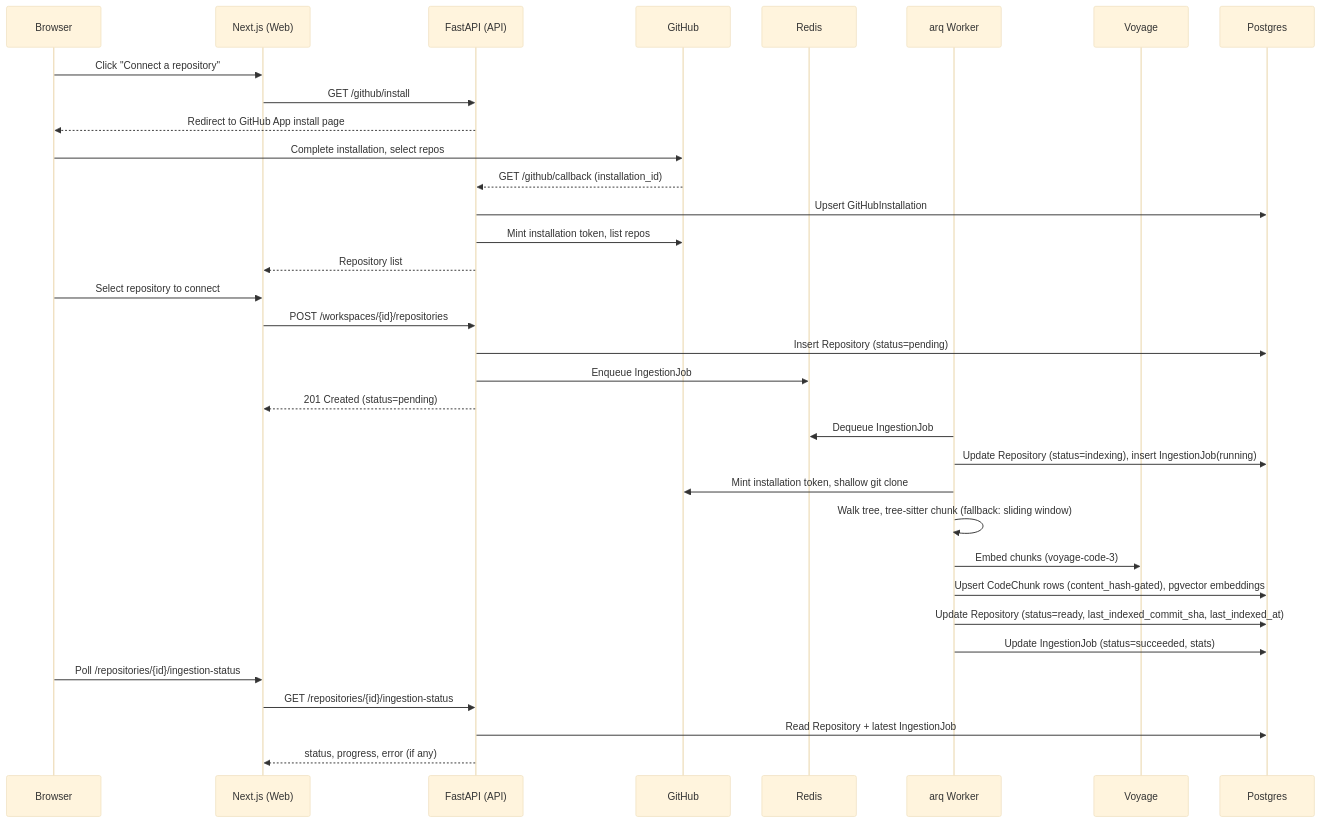
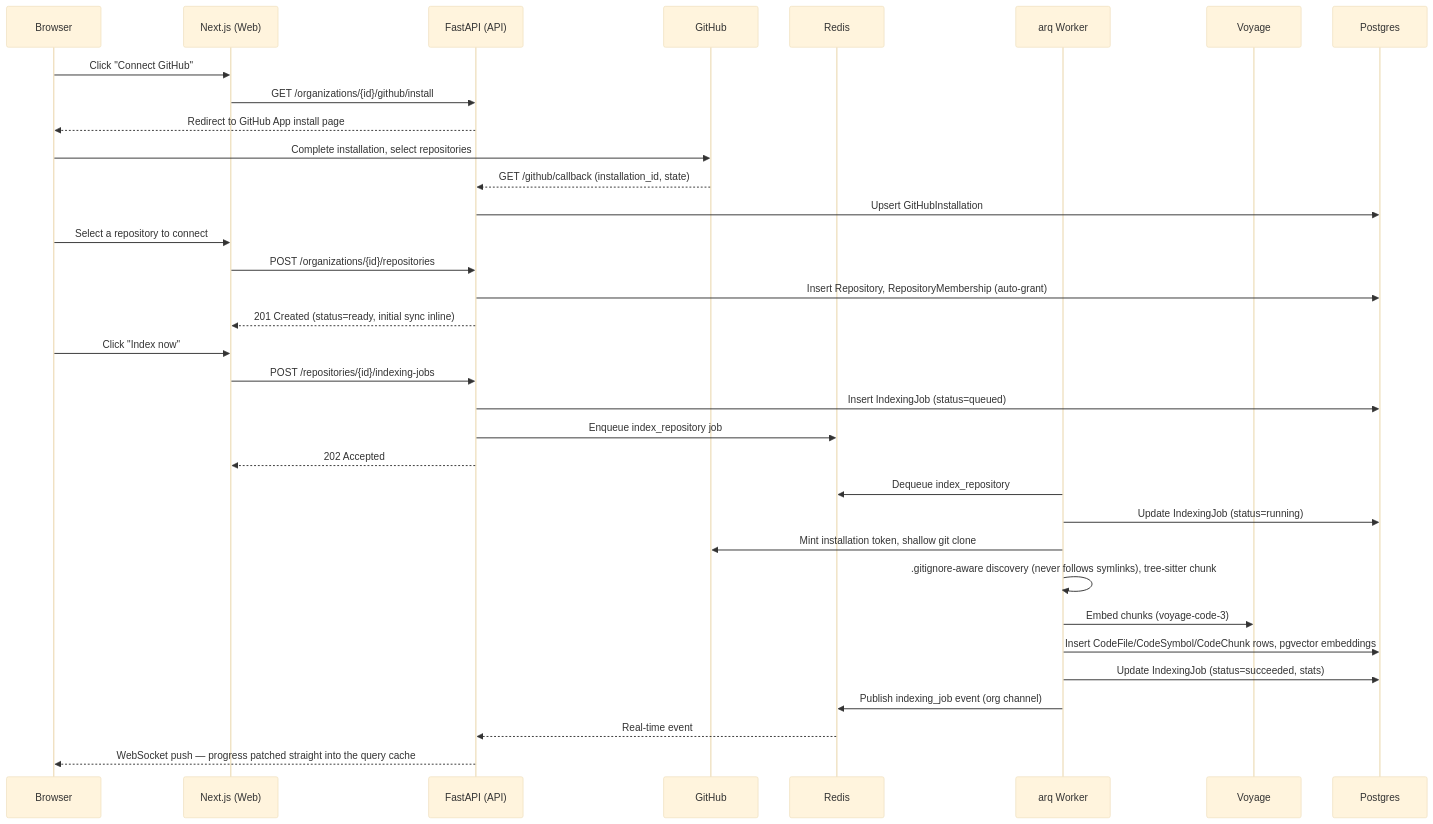
One commit to hasan-sakib/repomind changed the second of 3 diagrams in docs/architecture/system-architecture.md. Above: the diagram before and after it, drawn with Mermaid (base theme). The commit also changed other lines of this file and 12 other files, not shown here.

First line of the commit message:
Update system architecture documentation and frontend components

````diff
--- a/docs/architecture/system-architecture.md
+++ b/docs/architecture/system-architecture.md
@@ -108,39 +137,39 @@
 ```mermaid
 sequenceDiagram
     participant U as Browser
     participant W as Next.js (Web)
     participant A as FastAPI (API)
     participant G as GitHub
     participant R as Redis
     participant K as arq Worker
     participant V as Voyage
     participant D as Postgres
 
-    U->>W: Click "Connect a repository"
-    W->>A: GET /github/install
+    U->>W: Click "Connect GitHub"
+    W->>A: GET /organizations/{id}/github/install
     A-->>U: Redirect to GitHub App install page
-    U->>G: Complete installation, select repos
-    G-->>A: GET /github/callback (installation_id)
+    U->>G: Complete installation, select repositories
+    G-->>A: GET /github/callback (installation_id, state)
     A->>D: Upsert GitHubInstallation
-    A->>G: Mint installation token, list repos
-    A-->>W: Repository list
-    U->>W: Select repository to connect
-    W->>A: POST /workspaces/{id}/repositories
-    A->>D: Insert Repository (status=pending)
-    A->>R: Enqueue IngestionJob
-    A-->>W: 201 Created (status=pending)
+    U->>W: Select a repository to connect
+    W->>A: POST /organizations/{id}/repositories
+    A->>D: Insert Repository, RepositoryMembership (auto-grant)
+    A-->>W: 201 Created (status=ready, initial sync inline)
 
-    K->>R: Dequeue IngestionJob
-    K->>D: Update Repository (status=indexing), insert IngestionJob(running)
+    U->>W: Click "Index now"
+    W->>A: POST /repositories/{id}/indexing-jobs
+    A->>D: Insert IndexingJob (status=queued)
+    A->>R: Enqueue index_repository job
+    A-->>W: 202 Accepted
+
+    K->>R: Dequeue index_repository
+    K->>D: Update IndexingJob (status=running)
     K->>G: Mint installation token, shallow git clone
-    K->>K: Walk tree, tree-sitter chunk (fallback: sliding window)
+    K->>K: .gitignore-aware discovery (never follows symlinks), tree-sitter chunk
     K->>V: Embed chunks (voyage-code-3)
-    K->>D: Upsert CodeChunk rows (content_hash-gated), pgvector embeddings
-    K->>D: Update Repository (status=ready, last_indexed_commit_sha, last_indexed_at)
-    K->>D: Update IngestionJob (status=succeeded, stats)
-
-    U->>W: Poll /repositories/{id}/ingestion-status
-    W->>A: GET /repositories/{id}/ingestion-status
-    A->>D: Read Repository + latest IngestionJob
-    A-->>W: status, progress, error (if any)
+    K->>D: Insert CodeFile/CodeSymbol/CodeChunk rows, pgvector embeddings
+    K->>D: Update IndexingJob (status=succeeded, stats)
+    K->>R: Publish indexing_job event (org channel)
+    R-->>A: Real-time event
+    A-->>U: WebSocket push — progress patched straight into the query cache
 ```
````
